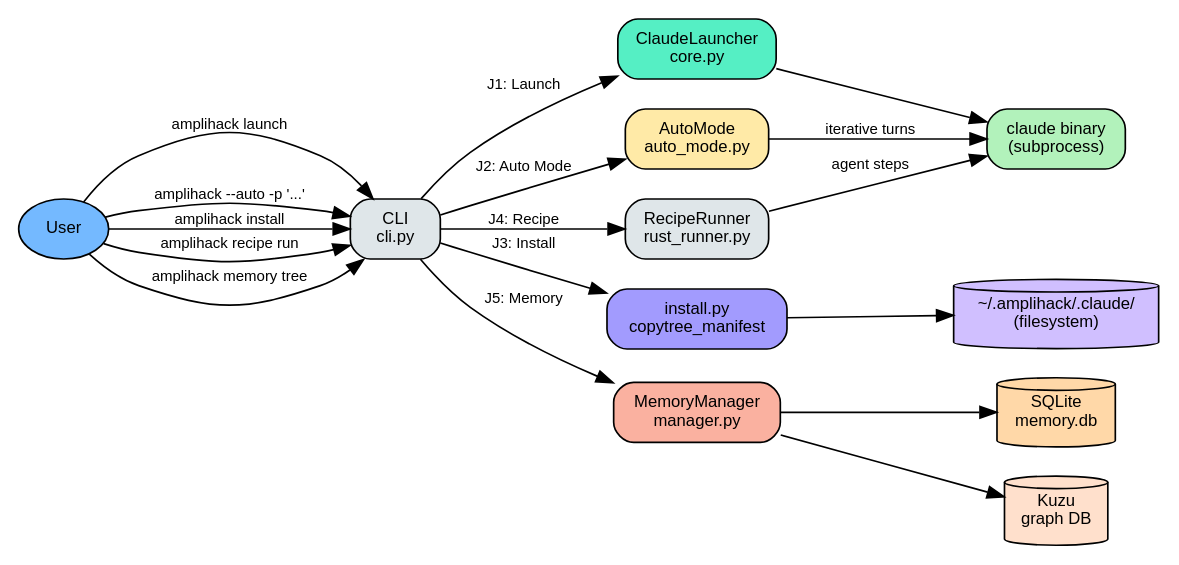
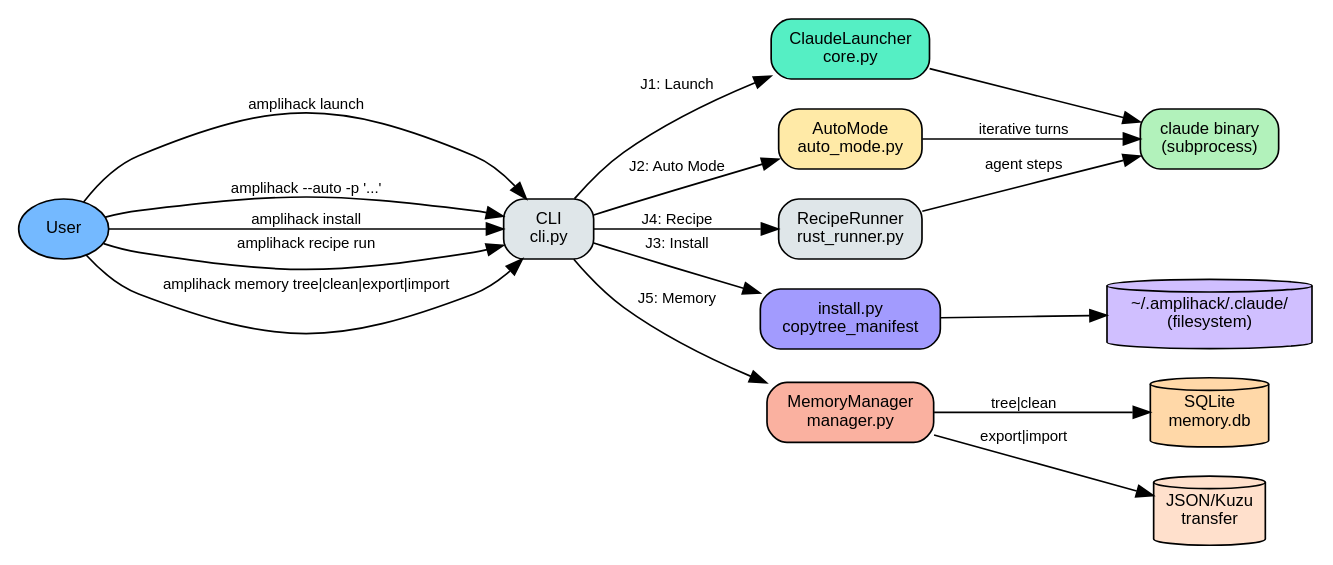
The diagram in docs/atlas/user-journeys/user-journeys-overview.dot (rysweet/amplihack), drawn with Graphviz before and after one commit. The commit also changed 6 other files, not shown here.

```diff
--- a/docs/atlas/user-journeys/user-journeys-overview.dot
+++ b/docs/atlas/user-journeys/user-journeys-overview.dot
@@ -1,56 +1,56 @@
 digraph user_journeys_overview {
     rankdir=LR;
     node [fontname="Helvetica", fontsize=10, shape=box, style="rounded,filled"];
     edge [fontname="Helvetica", fontsize=9];
 
     // Rank constraints for left-to-right flow
     { rank=same; user; }
     { rank=same; cli; }
     { rank=same; launcher; auto; install_mod; recipe; memory; }
-    { rank=same; claude_bin; sqlite; kuzu; fs; }
+    { rank=same; claude_bin; sqlite; archive; fs; }
 
     // User
     user [label="User", shape=ellipse, fillcolor="#74b9ff"];
 
     // Entry
     cli [label="CLI\ncli.py", fillcolor="#dfe6e9"];
 
     // Journey targets
     launcher [label="ClaudeLauncher\ncore.py", fillcolor="#55efc4"];
     auto [label="AutoMode\nauto_mode.py", fillcolor="#ffeaa7"];
     install_mod [label="install.py\ncopytree_manifest", fillcolor="#a29bfe"];
     recipe [label="RecipeRunner\nrust_runner.py", fillcolor="#dfe6e9"];
     memory [label="MemoryManager\nmanager.py", fillcolor="#fab1a0"];
 
     // Outcomes
     claude_bin [label="claude binary\n(subprocess)", fillcolor="#b2f2bb"];
     sqlite [label="SQLite\nmemory.db", shape=cylinder, fillcolor="#ffd8a8"];
-    kuzu [label="Kuzu\ngraph DB", shape=cylinder, fillcolor="#ffe0cc"];
+    archive [label="JSON/Kuzu\ntransfer", shape=cylinder, fillcolor="#ffe0cc"];
     fs [label="~/.amplihack/.claude/\n(filesystem)", shape=cylinder, fillcolor="#d0bfff"];
 
     // Journey 1: Launch Claude
     user -> cli [label="amplihack launch"];
     cli -> launcher [label="J1: Launch"];
     launcher -> claude_bin;
 
     // Journey 2: Auto Mode
     user -> cli [label="amplihack --auto -p '...'"];
     cli -> auto [label="J2: Auto Mode"];
     auto -> claude_bin [label="iterative turns"];
 
     // Journey 3: Install
     user -> cli [label="amplihack install"];
     cli -> install_mod [label="J3: Install"];
     install_mod -> fs;
 
     // Journey 4: Recipe Run
     user -> cli [label="amplihack recipe run"];
     cli -> recipe [label="J4: Recipe"];
     recipe -> claude_bin [label="agent steps"];
 
     // Journey 5: Memory
-    user -> cli [label="amplihack memory tree"];
+    user -> cli [label="amplihack memory tree|clean|export|import"];
     cli -> memory [label="J5: Memory"];
-    memory -> sqlite;
-    memory -> kuzu;
+    memory -> sqlite [label="tree|clean"];
+    memory -> archive [label="export|import"];
 }
```
